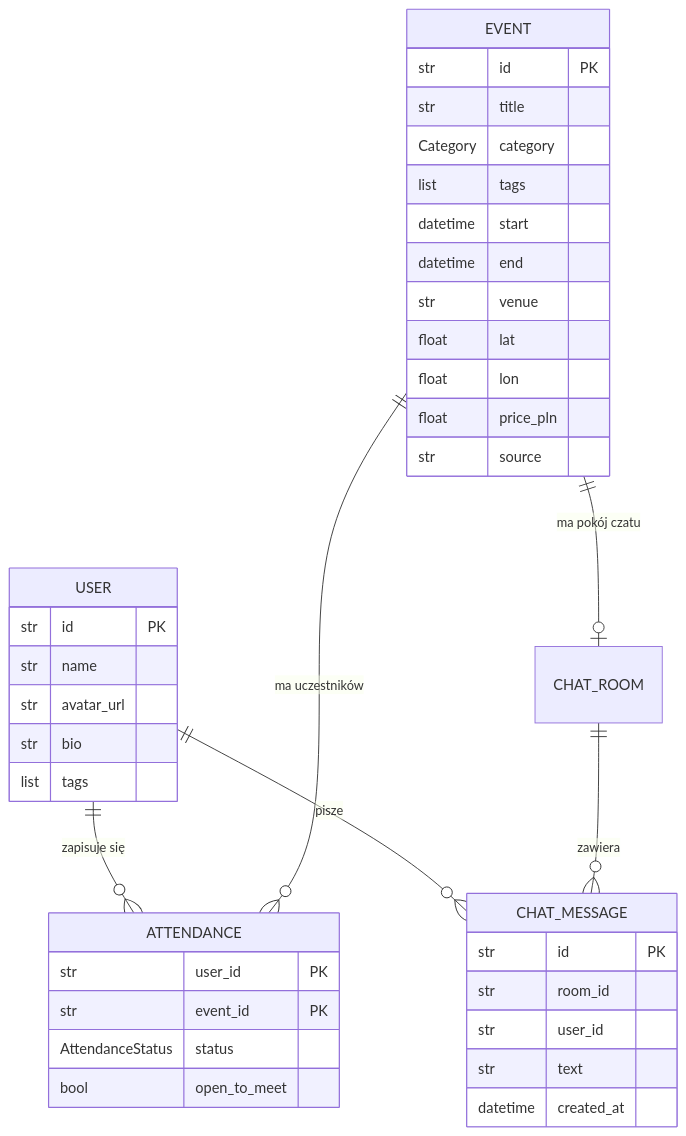
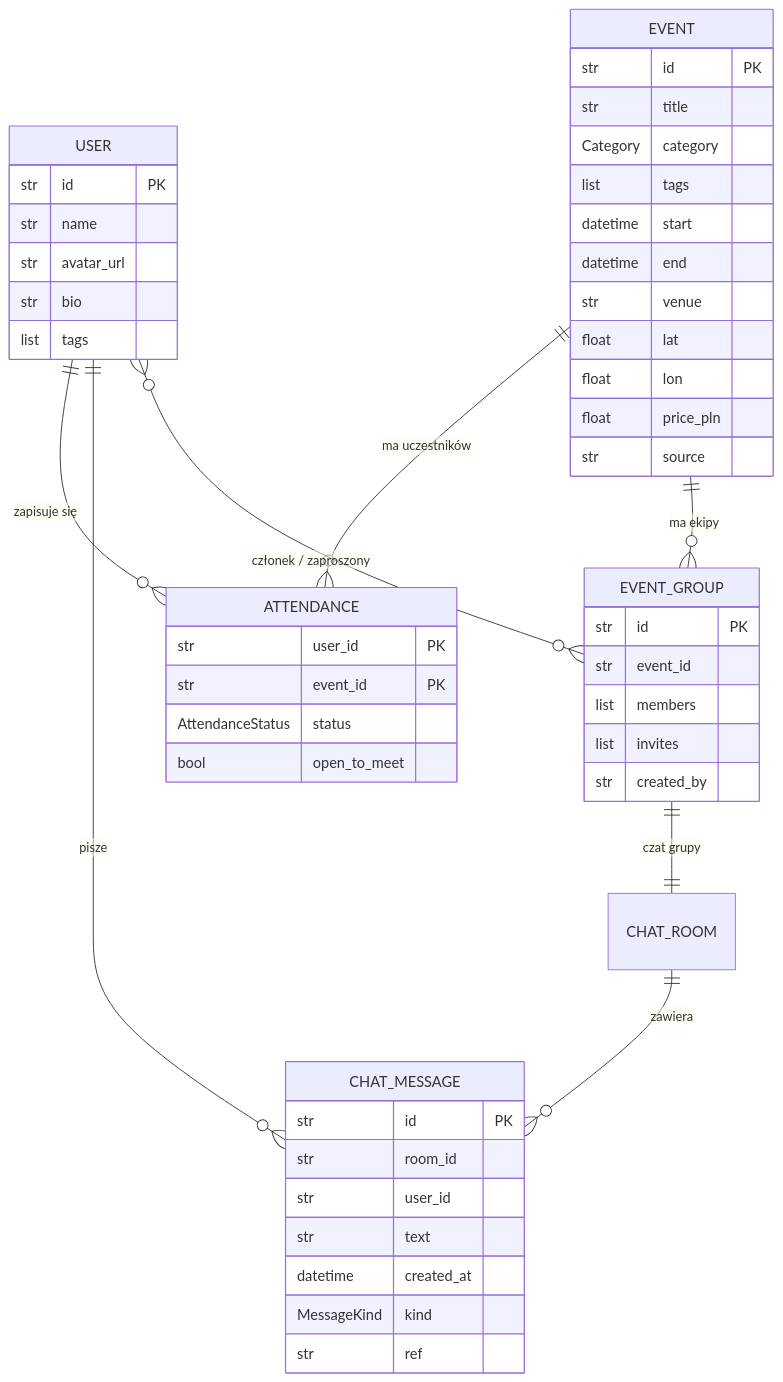
The second of 8 diagrams in ARCHITECTURE.md (klonicaWeronika/HackYeah26_event_app), drawn with Mermaid before and after one commit. The commit also changed other lines of this file and 17 other files, not shown here.

````diff
--- a/ARCHITECTURE.md
+++ b/ARCHITECTURE.md
@@ -81,42 +81,53 @@
 ```mermaid
 erDiagram
     USER ||--o{ ATTENDANCE : "zapisuje się"
     EVENT ||--o{ ATTENDANCE : "ma uczestników"
     USER ||--o{ CHAT_MESSAGE : "pisze"
-    EVENT ||--o| CHAT_ROOM : "ma pokój czatu"
+    EVENT ||--o{ EVENT_GROUP : "ma ekipy"
+    USER }o--o{ EVENT_GROUP : "członek / zaproszony"
+    EVENT_GROUP ||--|| CHAT_ROOM : "czat grupy"
     CHAT_ROOM ||--o{ CHAT_MESSAGE : zawiera
 
     EVENT {
         str id PK
         str title
         Category category
         list tags
         datetime start
         datetime end
         str venue
         float lat
         float lon
         float price_pln
         str source
     }
     USER {
         str id PK
         str name
         str avatar_url
         str bio
         list tags
     }
     ATTENDANCE {
         str user_id PK
         str event_id PK
         AttendanceStatus status
         bool open_to_meet
     }
     CHAT_MESSAGE {
         str id PK
         str room_id
         str user_id
         str text
         datetime created_at
+        MessageKind kind
+        str ref
+    }
+    EVENT_GROUP {
+        str id PK
+        str event_id
+        list members
+        list invites
+        str created_by
     }
 ```
````
